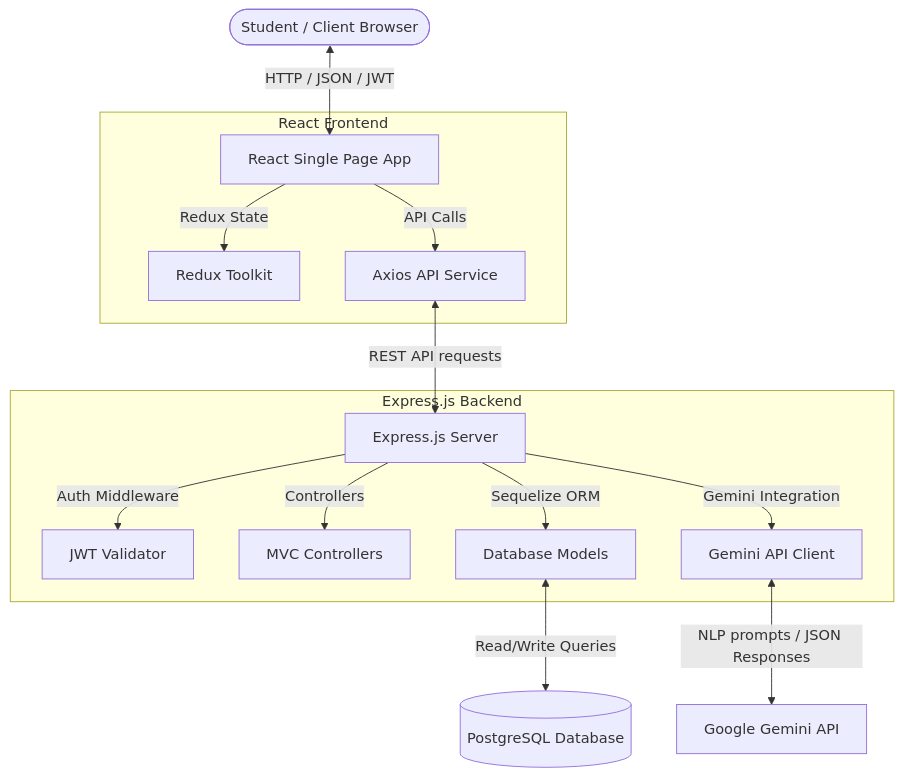
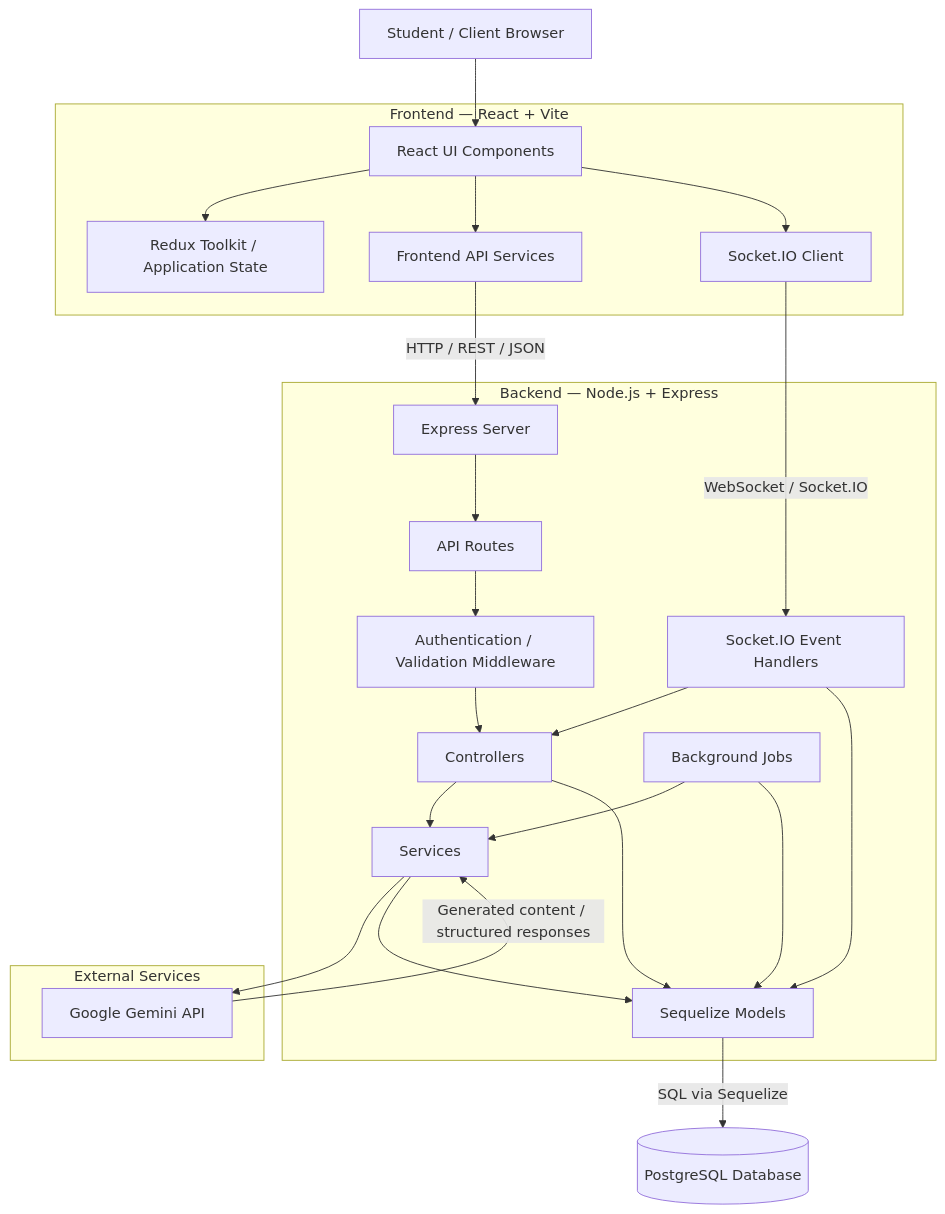
Before and after one commit to Aastha1326/OpenPrep-AI: the first of 6 diagrams in docs/architecture.md, drawn with Mermaid. The commit also changed other lines of this file, not shown here.

Commit message:
docs: add Interactive Architecture Component Diagrams & End-to-End Flowcharts

````diff
--- a/docs/architecture.md
+++ b/docs/architecture.md
@@ -15,17 +22,55 @@
 ```mermaid
-graph TD
-    User([Student / Client Browser]) <--> |HTTP / JSON / JWT| FE[React Single Page App]
-    subgraph Frontend [React Frontend]
-        FE --> |Redux State| Store[Redux Toolkit]
-        FE --> |API Calls| Axios[Axios API Service]
+flowchart TD
+    User["Student / Client Browser"]
+
+    subgraph Frontend["Frontend — React + Vite"]
+        UI["React UI Components"]
+        State["Redux Toolkit / Application State"]
+        API["Frontend API Services"]
+        SocketClient["Socket.IO Client"]
     end
-    Axios <--> |REST API requests| BE[Express.js Server]
-    subgraph Backend [Express.js Backend]
-        BE --> |Auth Middleware| JWT[JWT Validator]
-        BE --> |Controllers| Ctrl[MVC Controllers]
-        BE --> |Sequelize ORM| Models[Database Models]
-        BE --> |Gemini Integration| AI[Gemini API Client]
+
+    subgraph Backend["Backend — Node.js + Express"]
+        Server["Express Server"]
+        Routes["API Routes"]
+        Middleware["Authentication / Validation Middleware"]
+        Controllers["Controllers"]
+        Services["Services"]
+        Sockets["Socket.IO Event Handlers"]
+        Jobs["Background Jobs"]
+        Models["Sequelize Models"]
     end
-    Models <--> |Read/Write Queries| DB[(PostgreSQL Database)]
-    AI <--> |NLP prompts / JSON Responses| Gemini[Google Gemini API]
+
+    subgraph External["External Services"]
+        Gemini["Google Gemini API"]
+    end
+
+    DB[("PostgreSQL Database")]
+
+    User --> UI
+    UI --> State
+    UI --> API
+    UI --> SocketClient
+
+    API -->|"HTTP / REST / JSON"| Server
+    SocketClient -->|"WebSocket / Socket.IO"| Sockets
+
+    Server --> Routes
+    Routes --> Middleware
+    Middleware --> Controllers
+
+    Controllers --> Services
+    Controllers --> Models
+    Services --> Gemini
+    Services --> Models
+
+    Sockets --> Controllers
+    Sockets --> Models
+
+    Jobs --> Services
+    Jobs --> Models
+
+    Models -->|"SQL via Sequelize"| DB
+
+    Gemini -->|"Generated content / structured responses"| Services
 ```
````
